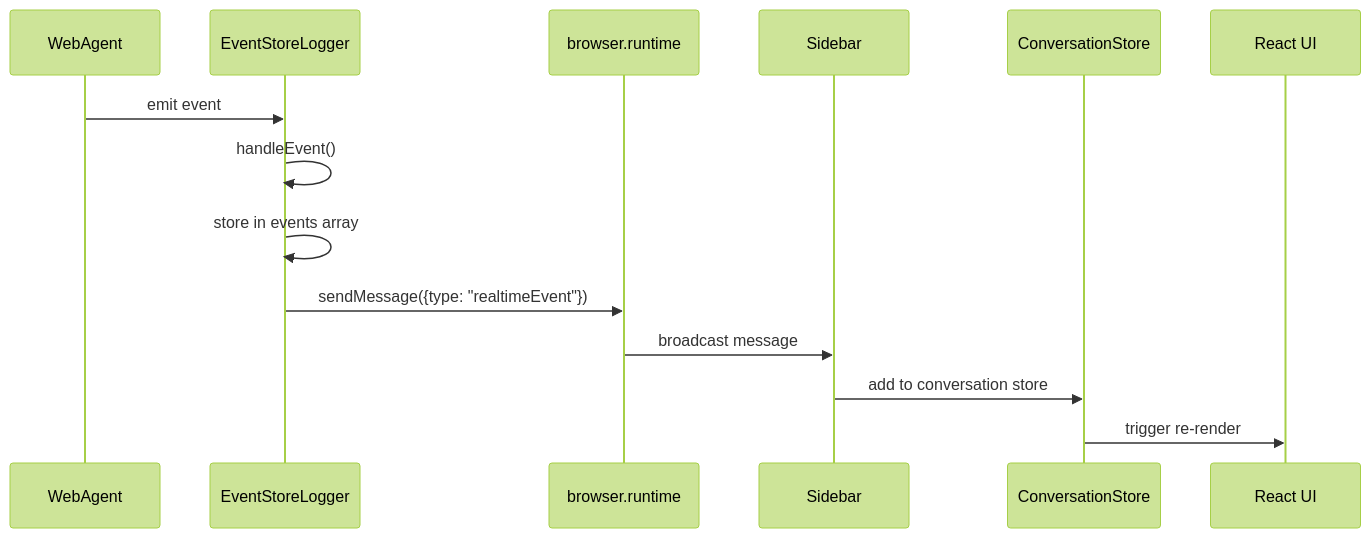
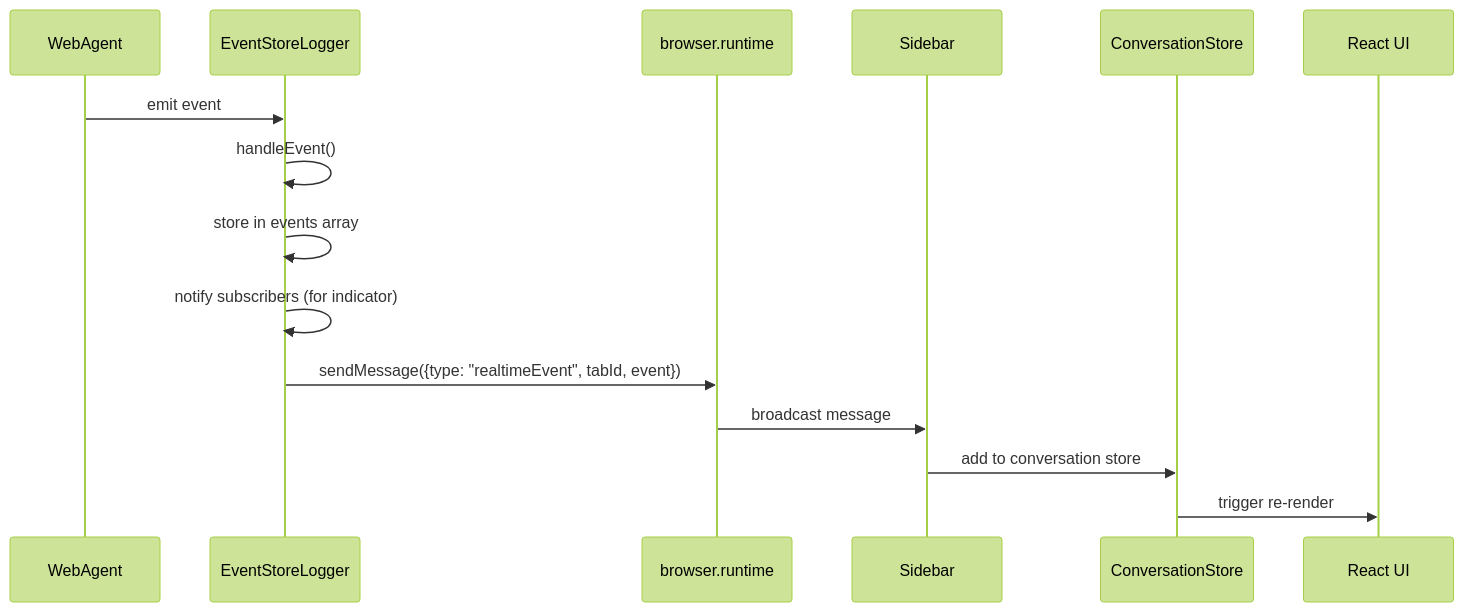
One commit to mozilla/pilo changed the second of 5 diagrams in extension/docs/task-execution-flow.md. Above: the diagram before and after it, drawn with Mermaid (forest theme). The commit also changed other lines of this file, not shown here.

````diff
--- a/extension/docs/task-execution-flow.md
+++ b/extension/docs/task-execution-flow.md
@@ -275,17 +297,18 @@
 ```mermaid
 sequenceDiagram
     participant WA as WebAgent
     participant ESL as EventStoreLogger
     participant BR as browser.runtime
     participant SB as Sidebar
     participant CS as ConversationStore
     participant UI as React UI
 
     WA->>ESL: emit event
     ESL->>ESL: handleEvent()
     ESL->>ESL: store in events array
-    ESL->>BR: sendMessage({type: "realtimeEvent"})
+    ESL->>ESL: notify subscribers (for indicator)
+    ESL->>BR: sendMessage({type: "realtimeEvent", tabId, event})
     BR->>SB: broadcast message
     SB->>CS: add to conversation store
     CS->>UI: trigger re-render
 ```
````
